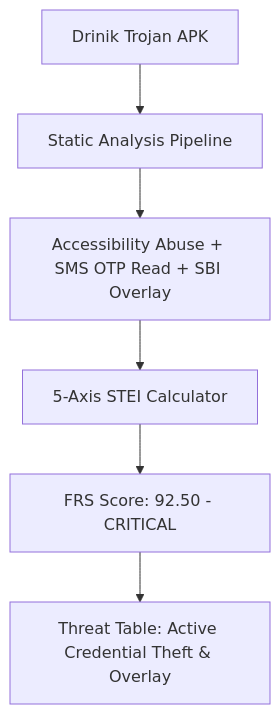
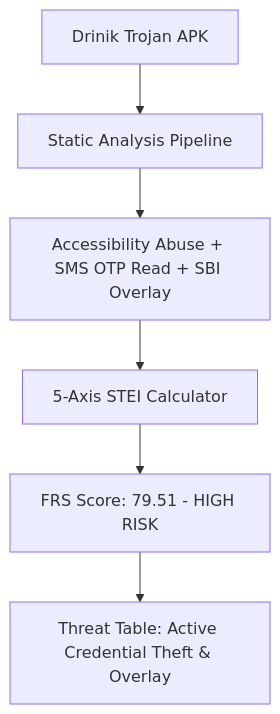
Before and after one commit to SanTiwari07/Sudarshan: the second of 3 diagrams in docs/evaluation/CASE_STUDIES.md, drawn with Mermaid. The commit also changed other lines of this file and 20 other files, not shown here.

````diff
--- a/docs/evaluation/CASE_STUDIES.md
+++ b/docs/evaluation/CASE_STUDIES.md
@@ -84,8 +85,8 @@
 ```mermaid
 graph TD
     A[Drinik Trojan APK] --> B[Static Analysis Pipeline]
     B --> C[Accessibility Abuse + SMS OTP Read + SBI Overlay]
     C --> D[5-Axis STEI Calculator]
-    D --> E[FRS Score: 92.50 - CRITICAL]
+    D --> E[FRS Score: 79.51 - HIGH RISK]
     E --> F[Threat Table: Active Credential Theft & Overlay]
 ```
````
